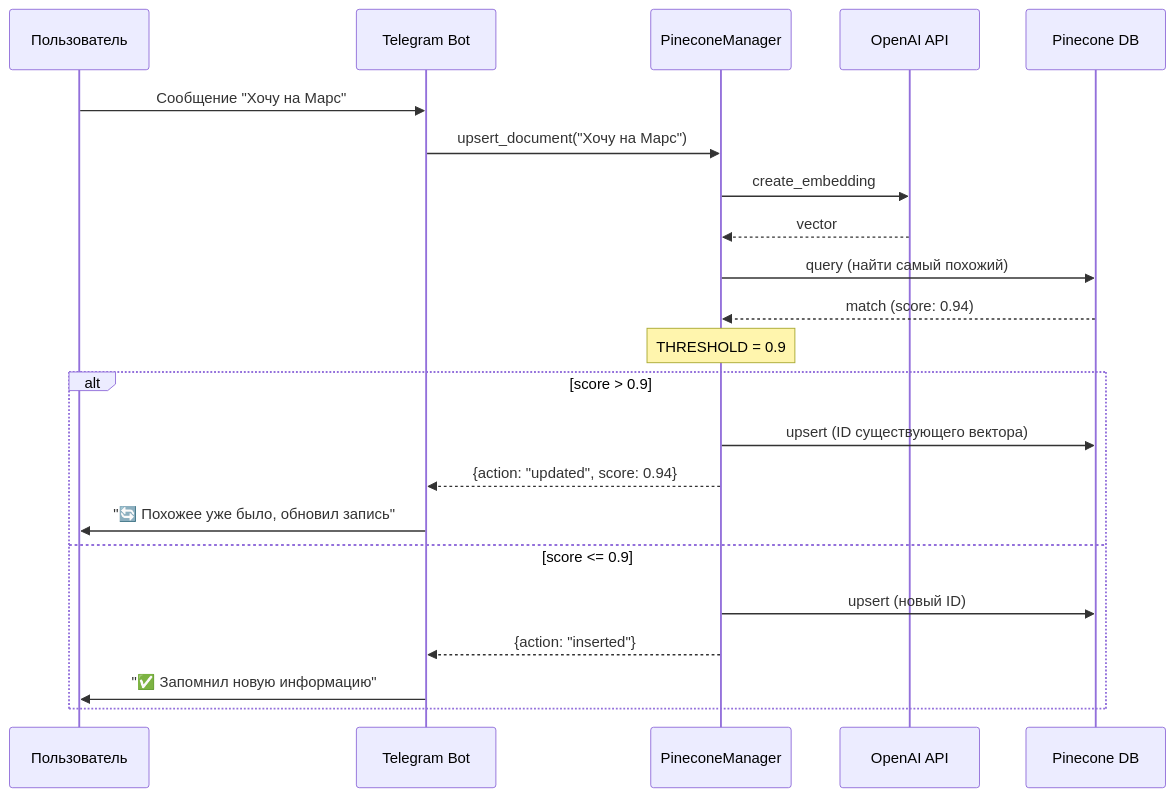
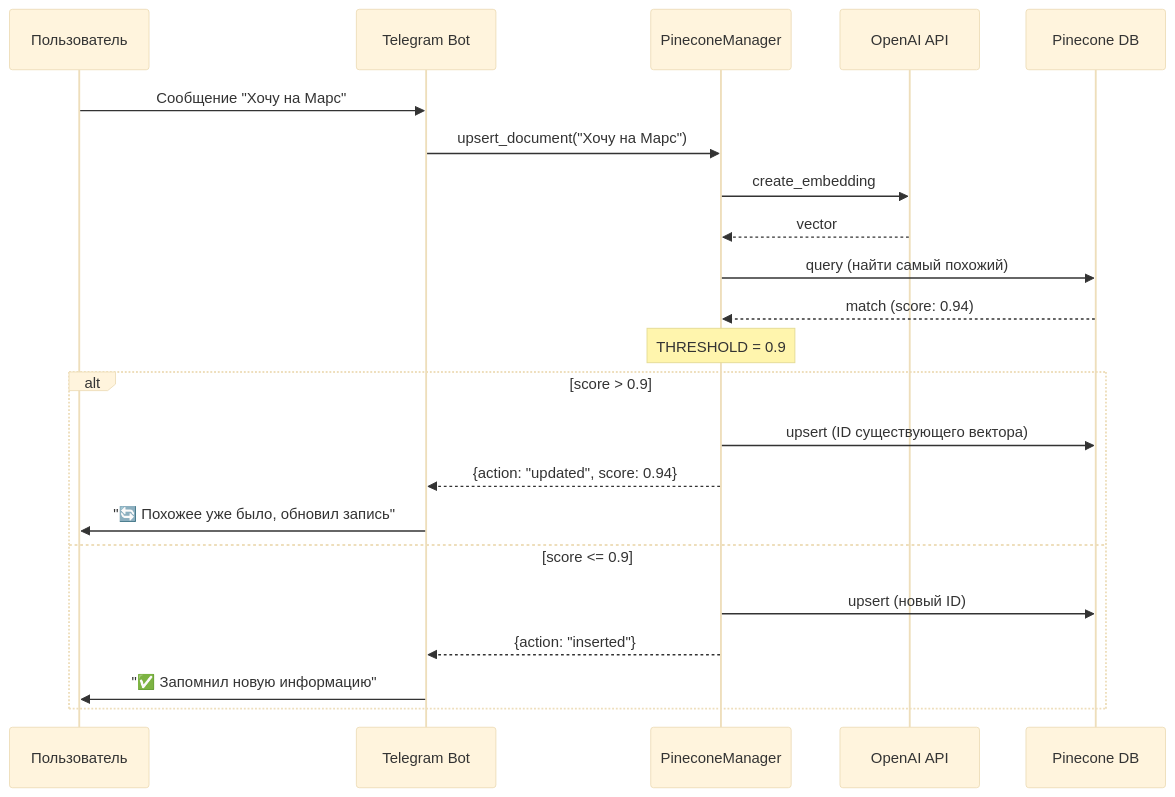
The second of 2 diagrams in README.md (MatveiV/PineconeManager_with_CosineSimilarity), drawn with Mermaid before and after one commit. The commit also changed other lines of this file, not shown here.

Commit message:
Update diagrams background to white

````diff
--- a/README.md
+++ b/README.md
@@ -56,28 +57,29 @@
 ```mermaid
+%%{init: {'theme': 'base', 'themeVariables': { 'background': '#ffffff' }}}%%
 sequenceDiagram
     participant U as Пользователь
     participant B as Telegram Bot
     participant PM as PineconeManager
     participant OA as OpenAI API
     participant P as Pinecone DB
 
     U->>B: Сообщение "Хочу на Марс"
     B->>PM: upsert_document("Хочу на Марс")
     PM->>OA: create_embedding
     OA-->>PM: vector
     
     PM->>P: query (найти самый похожий)
     P-->>PM: match (score: 0.94)
     
     Note over PM: THRESHOLD = 0.9
     
     alt score > 0.9
         PM->>P: upsert (ID существующего вектора)
         PM-->>B: {action: "updated", score: 0.94}
         B->>U: "🔄 Похожее уже было, обновил запись"
     else score <= 0.9
         PM->>P: upsert (новый ID)
         PM-->>B: {action: "inserted"}
         B->>U: "✅ Запомнил новую информацию"
     end
 ```
````
